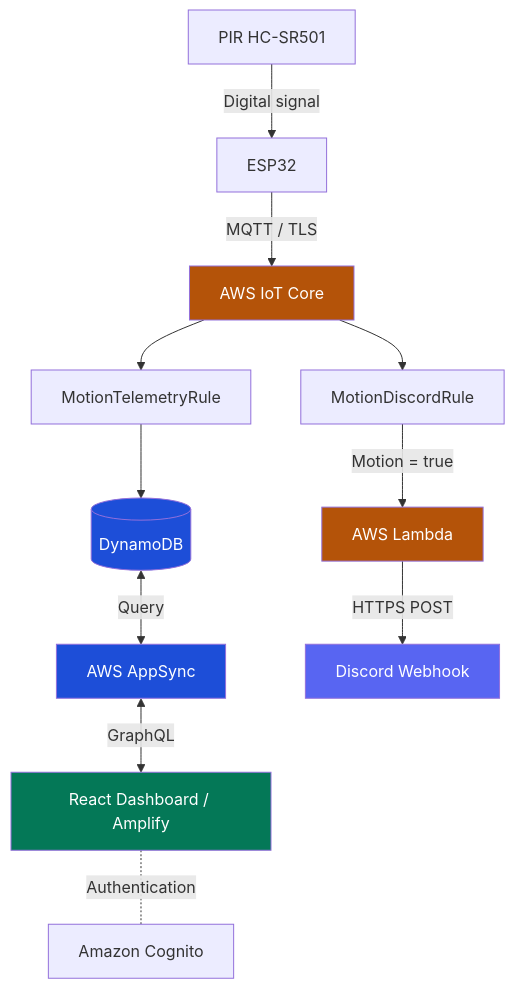
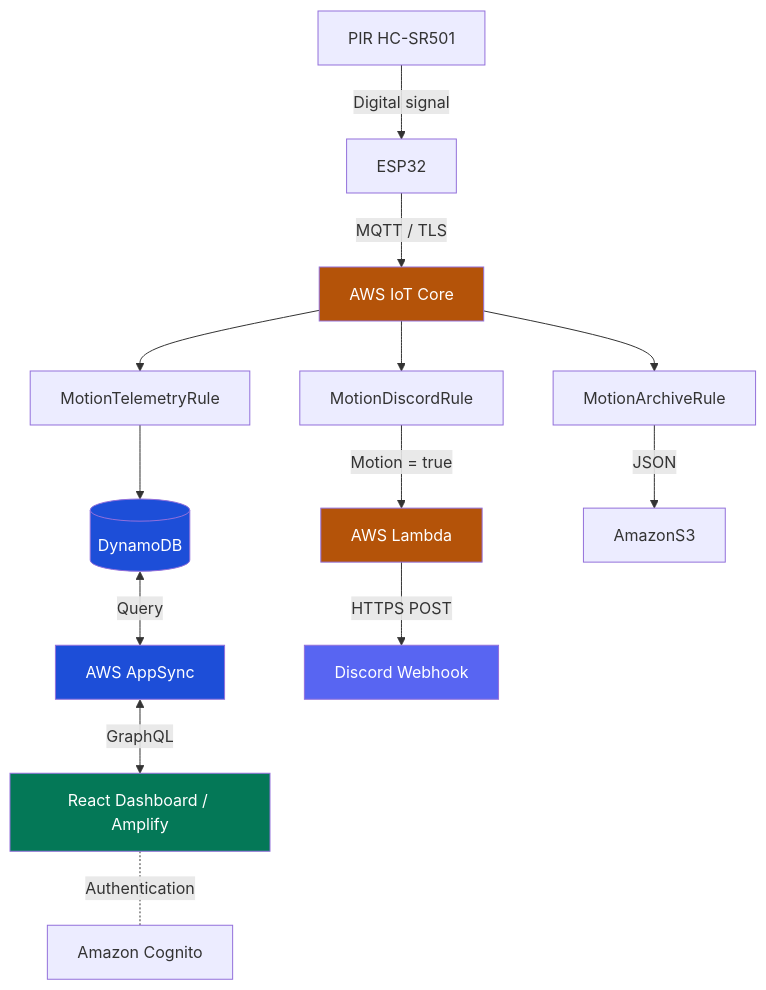
One commit to Nadir-sattar/amplify-vite-react-template changed the first of 2 diagrams in README.md. Above: the diagram before and after it, drawn with Mermaid. The commit also changed other lines of this file, not shown here.

````diff
--- a/README.md
+++ b/README.md
@@ -20,23 +20,26 @@
 ```mermaid
 flowchart TD
     PIR["PIR HC-SR501"] -->|Digital signal| ESP["ESP32"]
     ESP -->|MQTT / TLS| IOT["AWS IoT Core"]
 
     IOT --> R1["MotionTelemetryRule"]
     IOT --> R2["MotionDiscordRule"]
+    IOT --> R3["MotionArchiveRule"]
 
     R1 --> DB[("DynamoDB")]
     DB <-->|Query| API["AWS AppSync"]
     API <-->|GraphQL| WEB["React Dashboard / Amplify"]
     WEB -.-|Authentication| COGNITO["Amazon Cognito"]
 
     R2 -->|Motion = true| LAMBDA["AWS Lambda"]
     LAMBDA -->|HTTPS POST| DISCORD["Discord Webhook"]
 
+    R3 -->|JSON| S3["AmazonS3"]
+
     style IOT fill:#b45309,color:#fff
     style LAMBDA fill:#b45309,color:#fff
     style DB fill:#1d4ed8,color:#fff
     style API fill:#1d4ed8,color:#fff
     style DISCORD fill:#5865f2,color:#fff
     style WEB fill:#047857,color:#fff
 ```
````
